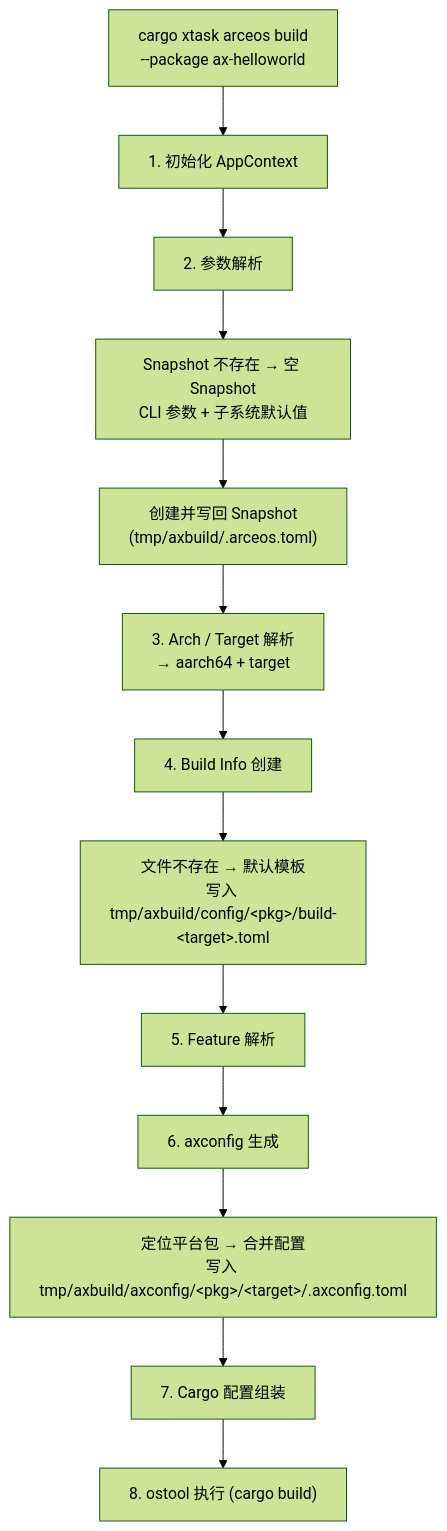
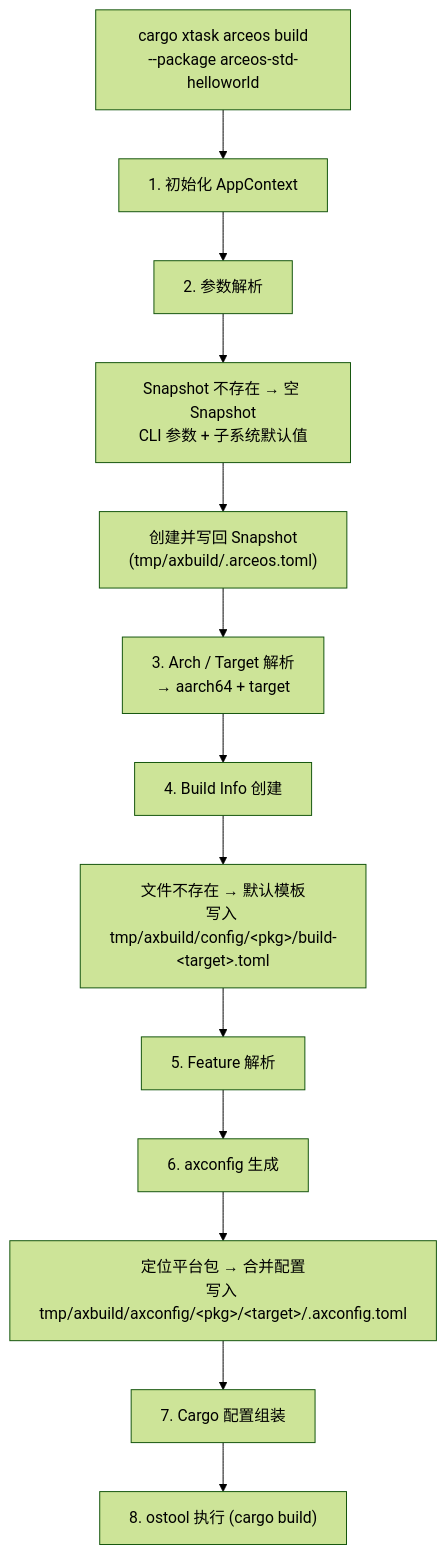
The first of 8 diagrams in docs/docs/build/build.md (rcore-os/tgoskits), drawn with Mermaid (forest theme) before and after one commit. The commit also changed 179 other files, not shown here.

Commit message:
chore(arceos): reorganize std apps

````diff
--- a/docs/docs/build/build.md
+++ b/docs/docs/build/build.md
@@ -16,15 +16,15 @@
 ```mermaid
 flowchart TD
-    A["cargo xtask arceos build<br/>--package ax-helloworld"] --> B[1. 初始化 AppContext]
+    A["cargo xtask arceos build<br/>--package arceos-std-helloworld"] --> B[1. 初始化 AppContext]
     B --> C["2. 参数解析"]
     C --> C1["Snapshot 不存在 → 空 Snapshot<br/>CLI 参数 + 子系统默认值"]
     C1 --> C2["创建并写回 Snapshot<br/>(tmp/axbuild/.arceos.toml)"]
     C2 --> D["3. Arch / Target 解析<br/>→ aarch64 + target"]
     D --> E["4. Build Info 创建"]
     E --> E1["文件不存在 → 默认模板<br/>写入 tmp/axbuild/config/&lt;pkg&gt;/build-&lt;target&gt;.toml"]
     E1 --> F["5. Feature 解析"]
     F --> G["6. axconfig 生成"]
     G --> G1["定位平台包 → 合并配置<br/>写入 tmp/axbuild/axconfig/&lt;pkg&gt;/&lt;target&gt;/.axconfig.toml"]
     G1 --> H["7. Cargo 配置组装"]
     H --> I["8. ostool 执行 (cargo build)"]
 ```
````
